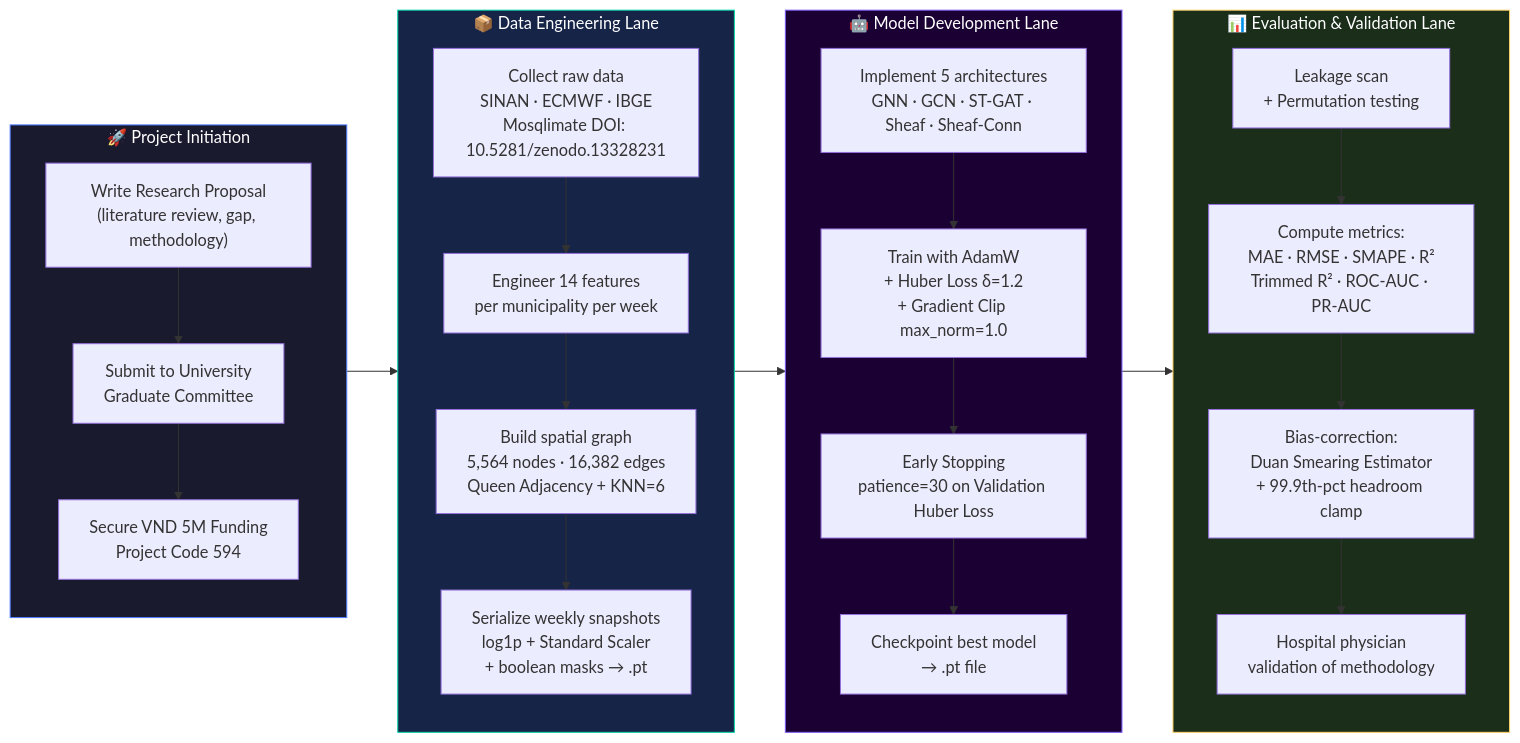
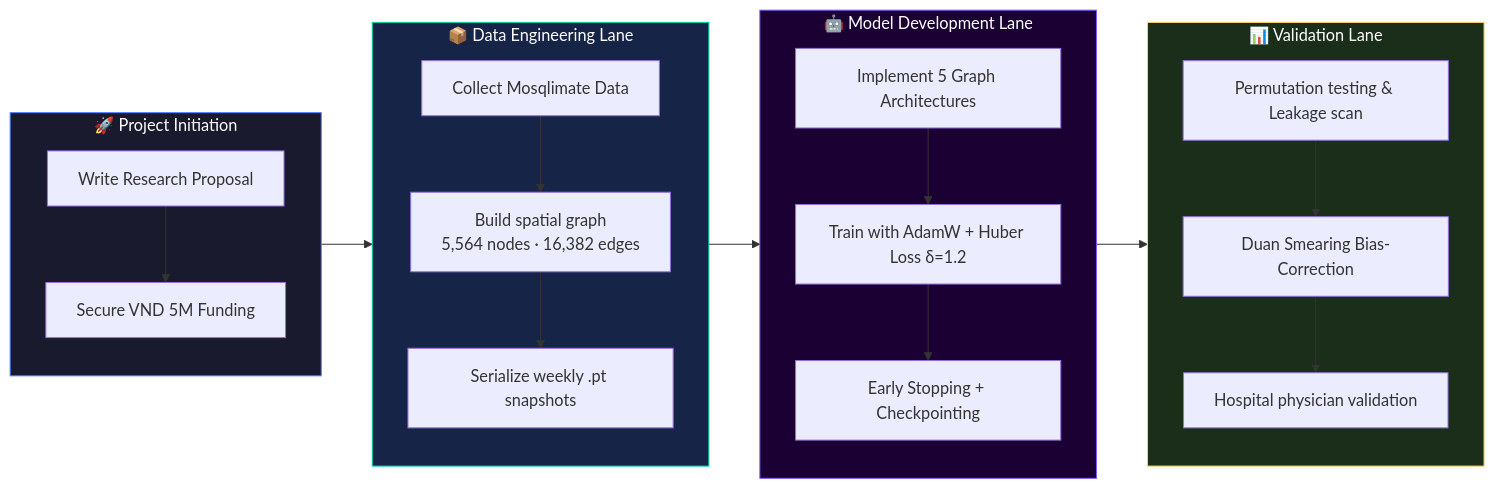
The second of 2 diagrams in README.md (danielhuynh-04/Sheaf-Attention-Networks-in-forecasting-Dengue-fever-in-Brazil), drawn with Mermaid before and after one commit. The commit also changed other lines of this file, not shown here.

Commit message:
docs: Integrate portfolio UI/UX, tech stack, and timeline directly into README for maximum impact

````diff
--- a/README.md
+++ b/README.md
@@ -175,46 +134,39 @@
 ```mermaid
 flowchart LR
   subgraph START ["🚀 Project Initiation"]
     direction TB
-    S1["Write Research Proposal\n(literature review, gap, methodology)"]
-    S2["Submit to University\nGraduate Committee"]
-    S3["Secure VND 5M Funding\nProject Code 594"]
-    S1 --> S2 --> S3
+    S1["Write Research Proposal"]
+    S2["Secure VND 5M Funding"]
   end
 
   subgraph DATA ["📦 Data Engineering Lane"]
     direction TB
-    D1["Collect raw data\nSINAN · ECMWF · IBGE\nMosqlimate DOI: 10.5281/zenodo.13328231"]
-    D2["Engineer 14 features\nper municipality per week"]
-    D3["Build spatial graph\n5,564 nodes · 16,382 edges\nQueen Adjacency + KNN=6"]
-    D4["Serialize weekly snapshots\nlog1p + Standard Scaler\n+ boolean masks → .pt"]
-    D1 --> D2 --> D3 --> D4
+    D1["Collect Mosqlimate Data"]
+    D2["Build spatial graph\n5,564 nodes · 16,382 edges"]
+    D3["Serialize weekly .pt snapshots"]
   end
 
   subgraph MODEL ["🤖 Model Development Lane"]
     direction TB
-    M1["Implement 5 architectures\nGNN · GCN · ST-GAT · Sheaf · Sheaf-Conn"]
-    M2["Train with AdamW\n+ Huber Loss δ=1.2\n+ Gradient Clip max_norm=1.0"]
-    M3["Early Stopping\npatience=30 on Validation Huber Loss"]
-    M4["Checkpoint best model\n→ .pt file"]
-    M1 --> M2 --> M3 --> M4
+    M1["Implement 5 Graph Architectures"]
+    M2["Train with AdamW + Huber Loss δ=1.2"]
+    M3["Early Stopping + Checkpointing"]
   end
 
-  subgraph EVAL ["📊 Evaluation & Validation Lane"]
+  subgraph EVAL ["📊 Validation Lane"]
     direction TB
-    E1["Leakage scan\n+ Permutation testing"]
-    E2["Compute metrics:\nMAE · RMSE · SMAPE · R²\nTrimmed R² · ROC-AUC · PR-AUC"]
-    E3["Bias-correction:\nDuan Smearing Estimator\n+ 99.9th-pct headroom clamp"]
-    E4["Hospital physician\nvalidation of methodology"]
-    E1 --> E2 --> E3 --> E4
+    E1["Permutation testing & Leakage scan"]
+    E2["Duan Smearing Bias-Correction"]
+    E3["Hospital physician validation"]
   end
 
-  S3 --> D1
-  D4 --> M1
-  M4 --> E1
+  S1 --> S2 --> D1
+  D1 --> D2 --> D3
+  D3 --> M1 --> M2 --> M3
+  M3 --> E1 --> E2 --> E3
 
   style START fill:#1a1a2e,stroke:#4f7cff,color:#fff
   style DATA fill:#162447,stroke:#00d4aa,color:#fff
   style MODEL fill:#1b0033,stroke:#7c5cfc,color:#fff
   style EVAL fill:#1a2e1a,stroke:#ffd166,color:#fff
 ```
````
